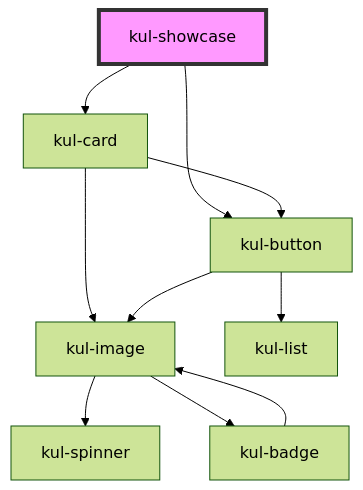
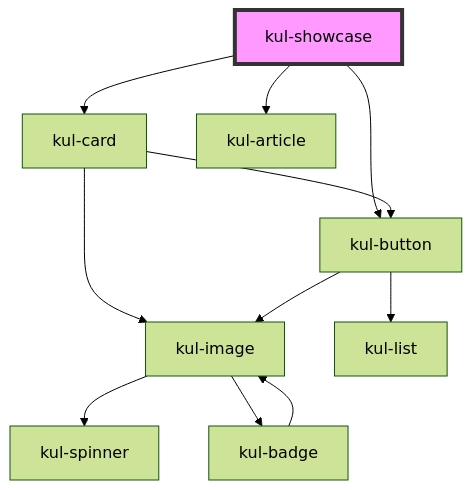
Before and after one commit to smeup/ketchup: the diagram in packages/ketchup-lite/src/components/kul-showcase/readme.md, drawn with Mermaid (forest theme). The commit also changed other lines of this file and 12 other files, not shown here.

````diff
--- a/packages/ketchup-lite/src/components/kul-showcase/readme.md
+++ b/packages/ketchup-lite/src/components/kul-showcase/readme.md
@@ -69,13 +70,14 @@
 ```mermaid
 graph TD;
   kul-showcase --> kul-card
   kul-showcase --> kul-button
+  kul-showcase --> kul-article
   kul-card --> kul-button
   kul-card --> kul-image
   kul-button --> kul-image
   kul-button --> kul-list
   kul-image --> kul-spinner
   kul-image --> kul-badge
   kul-badge --> kul-image
   style kul-showcase fill:#f9f,stroke:#333,stroke-width:4px
 ```
````
